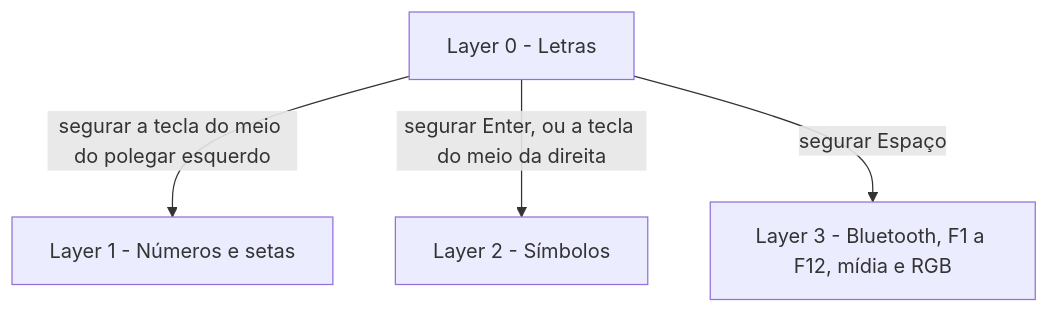
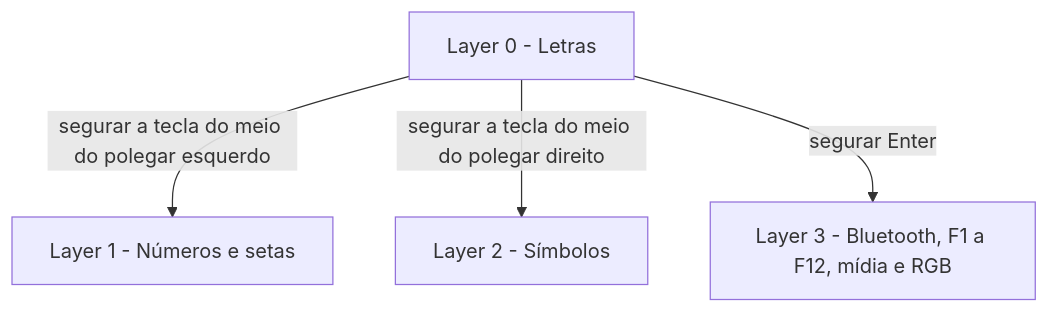
One commit to the-spanish-guy/corne-zmk changed the diagram in README.md. Above: the diagram before and after it, drawn with Mermaid. The commit also changed other lines of this file and 1 other file, not shown here.

Commit message:
chore: change layer3 to enter key

````diff
--- a/README.md
+++ b/README.md
@@ -68,6 +68,6 @@
 ```mermaid
 graph TD
     A[Layer 0 - Letras] -->|segurar a tecla do meio do polegar esquerdo| B[Layer 1 - Números e setas]
-    A -->|segurar Enter, ou a tecla do meio da direita| C[Layer 2 - Símbolos]
-    A -->|segurar Espaço| D[Layer 3 - Bluetooth, F1 a F12, mídia e RGB]
+    A -->|segurar a tecla do meio do polegar direito| C[Layer 2 - Símbolos]
+    A -->|segurar Enter| D[Layer 3 - Bluetooth, F1 a F12, mídia e RGB]
 ```
````
